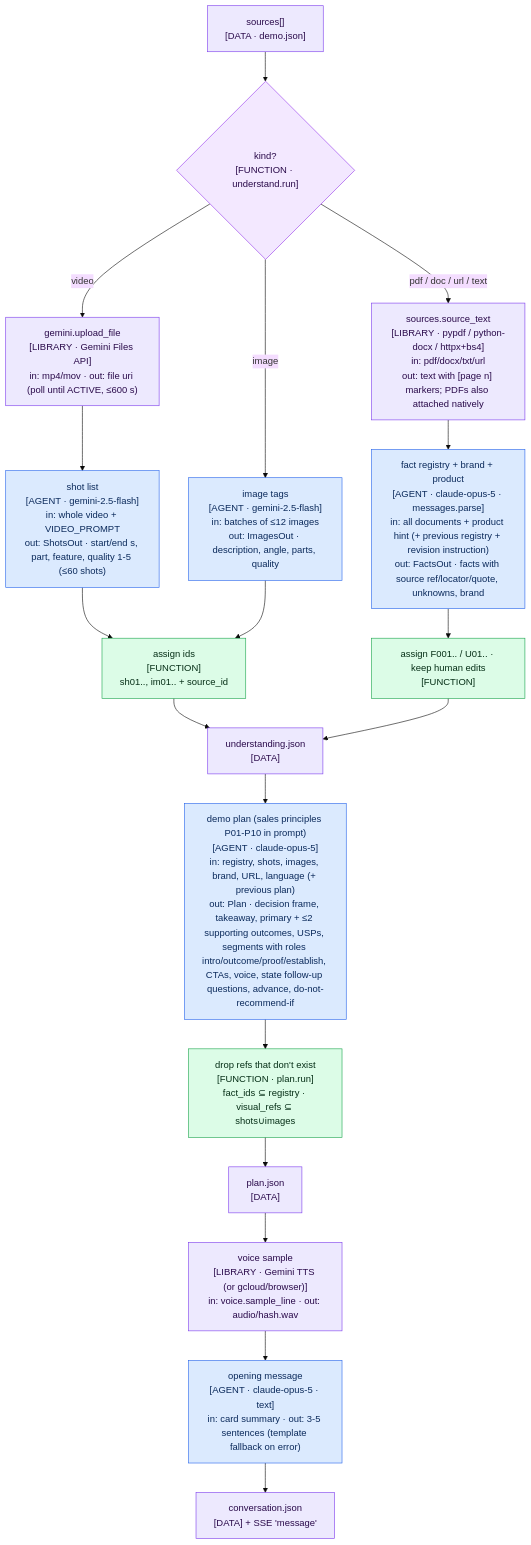
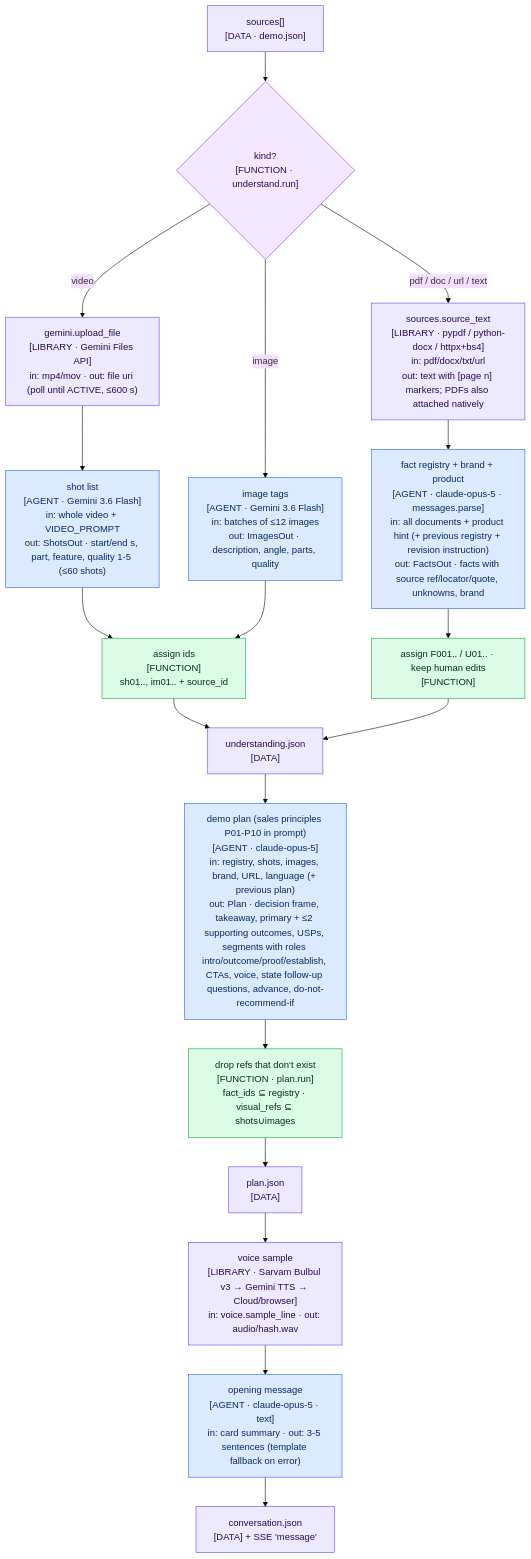
The diagram in docs/mermaid/02-understand.mmd (APareek89/demo-studio), drawn with Mermaid (base theme) before and after one commit. The commit also changed 29 other files, not shown here.

```diff
--- a/docs/mermaid/02-understand.mmd
+++ b/docs/mermaid/02-understand.mmd
@@ -1,33 +1,33 @@
 %% 02 · Read phase — Understand (Gemini looks, Claude reads) then Plan
 flowchart TD
   SRC["sources[]<br/>[DATA · demo.json]"]:::data
   ISV{"kind?<br/>[FUNCTION · understand.run]"}:::dec
   UPV["gemini.upload_file<br/>[LIBRARY · Gemini Files API]<br/>in: mp4/mov · out: file uri (poll until ACTIVE, ≤600 s)"]:::data
-  SHOTS["shot list<br/>[AGENT · gemini-2.5-flash]<br/>in: whole video + VIDEO_PROMPT<br/>out: ShotsOut · start/end s, part, feature, quality 1-5 (≤60 shots)"]:::agent
-  IMGS["image tags<br/>[AGENT · gemini-2.5-flash]<br/>in: batches of ≤12 images<br/>out: ImagesOut · description, angle, parts, quality"]:::agent
+  SHOTS["shot list<br/>[AGENT · Gemini 3.6 Flash]<br/>in: whole video + VIDEO_PROMPT<br/>out: ShotsOut · start/end s, part, feature, quality 1-5 (≤60 shots)"]:::agent
+  IMGS["image tags<br/>[AGENT · Gemini 3.6 Flash]<br/>in: batches of ≤12 images<br/>out: ImagesOut · description, angle, parts, quality"]:::agent
   IDS["assign ids<br/>[FUNCTION]<br/>sh01.., im01.. + source_id"]:::fn
   DOCS["sources.source_text<br/>[LIBRARY · pypdf / python-docx / httpx+bs4]<br/>in: pdf/docx/txt/url<br/>out: text with [page n] markers; PDFs also attached natively"]:::data
   FACTS["fact registry + brand + product<br/>[AGENT · claude-opus-5 · messages.parse]<br/>in: all documents + product hint (+ previous registry + revision instruction)<br/>out: FactsOut · facts with source ref/locator/quote, unknowns, brand"]:::agent
   FIDS["assign F001.. / U01.. · keep human edits<br/>[FUNCTION]"]:::fn
   UND["understanding.json<br/>[DATA]"]:::data
   PLAN["demo plan (sales principles P01-P10 in prompt)<br/>[AGENT · claude-opus-5]<br/>in: registry, shots, images, brand, URL, language (+ previous plan)<br/>out: Plan · decision frame, takeaway, primary + ≤2 supporting outcomes, USPs, segments with roles intro/outcome/proof/establish, CTAs, voice, state follow-up questions, advance, do-not-recommend-if"]:::agent
   PVAL["drop refs that don't exist<br/>[FUNCTION · plan.run]<br/>fact_ids ⊆ registry · visual_refs ⊆ shots∪images"]:::fn
   PJ["plan.json<br/>[DATA]"]:::data
-  SAMPLE["voice sample<br/>[LIBRARY · Gemini TTS (or gcloud/browser)]<br/>in: voice.sample_line · out: audio/hash.wav"]:::data
+  SAMPLE["voice sample<br/>[LIBRARY · Sarvam Bulbul v3 → Gemini TTS → Cloud/browser]<br/>in: voice.sample_line · out: audio/hash.wav"]:::data
   OPEN["opening message<br/>[AGENT · claude-opus-5 · text]<br/>in: card summary · out: 3-5 sentences (template fallback on error)"]:::agent
   CONV["conversation.json<br/>[DATA] + SSE 'message'"]:::data
 
   SRC --> ISV
   ISV -- "video" --> UPV --> SHOTS --> IDS
   ISV -- "image" --> IMGS --> IDS
   ISV -- "pdf / doc / url / text" --> DOCS --> FACTS --> FIDS
   IDS --> UND
   FIDS --> UND
   UND --> PLAN --> PVAL --> PJ --> SAMPLE --> OPEN --> CONV
 
   classDef agent fill:#dbeafe,stroke:#2563eb,color:#0b2a5b;
   classDef fn fill:#dcfce7,stroke:#16a34a,color:#052e16;
   classDef dec fill:#f3e8ff,stroke:#9333ea,color:#2a0a4a;
   classDef term fill:#e5e7eb,stroke:#6b7280,color:#111827;
   classDef ask fill:#cffafe,stroke:#0891b2,color:#083344;
   classDef data fill:#ede9fe,stroke:#7c3aed,color:#2a0a4a;
```
